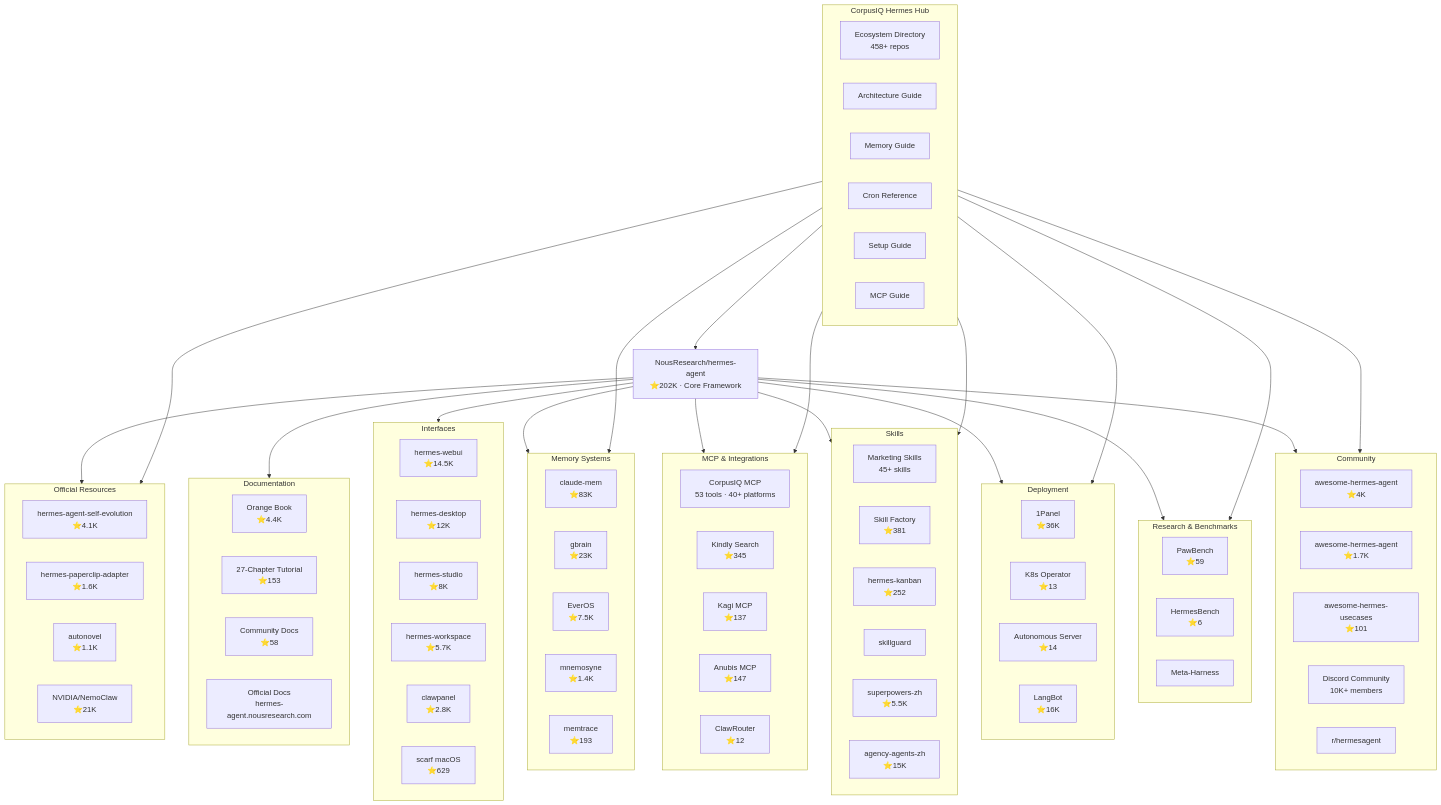
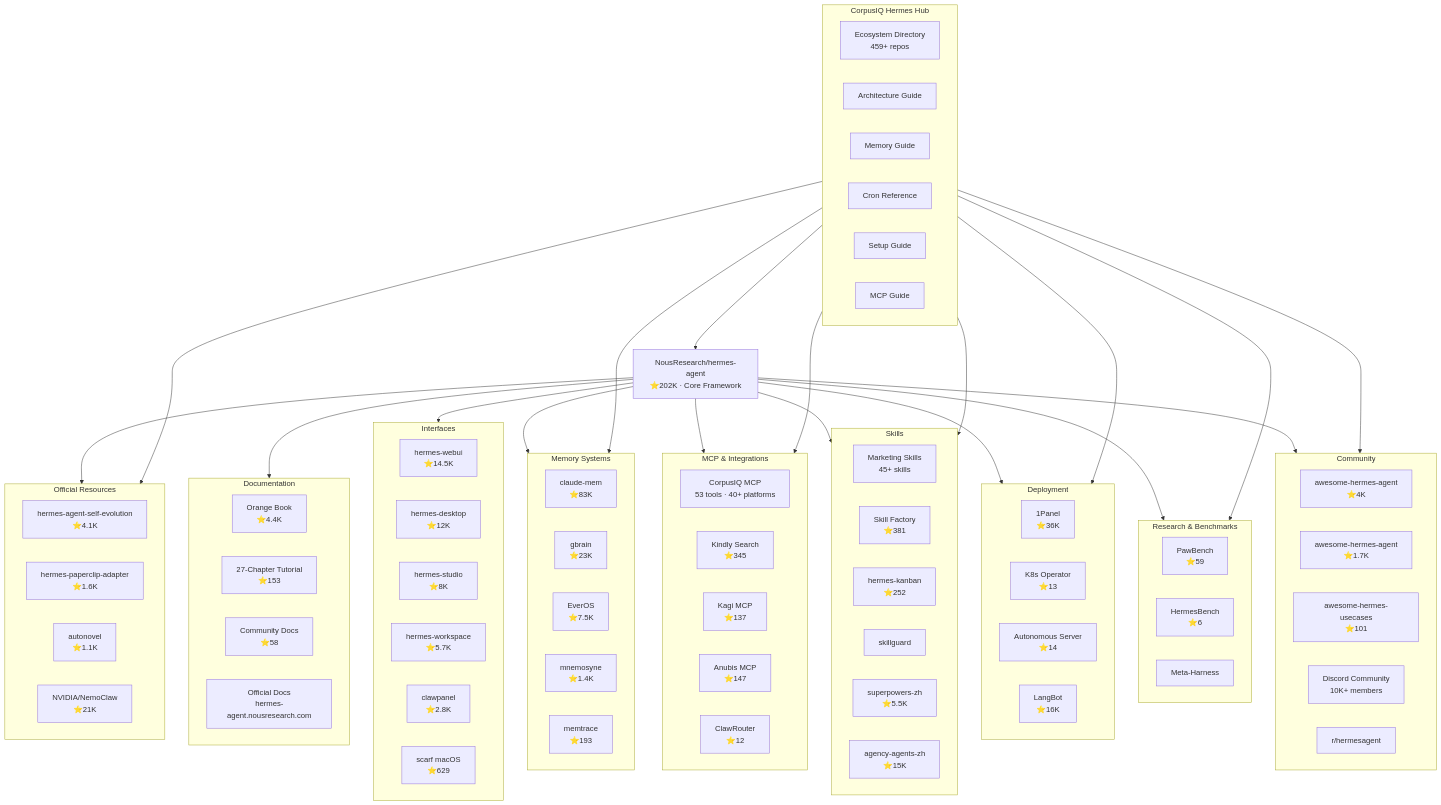
The first of 4 diagrams in hermes/ecosystem-map.md (CorpusIQ/corpusiq-docs), drawn with Mermaid before and after one commit. The commit also changed other lines of this file and 41 other files, not shown here.

```diff
--- a/hermes/ecosystem-map.md
+++ b/hermes/ecosystem-map.md
@@ -88,7 +88,7 @@
     end
 
     subgraph CORPUSIQ_HUB[CorpusIQ Hermes Hub]
-        ECOSYSTEM[Ecosystem Directory<br/>458+ repos]
+        ECOSYSTEM[Ecosystem Directory<br/>459+ repos]
         ARCHITECTURE[Architecture Guide]
         KNOWLEDGE[Memory Guide]
         CRONS[Cron Reference]
```
